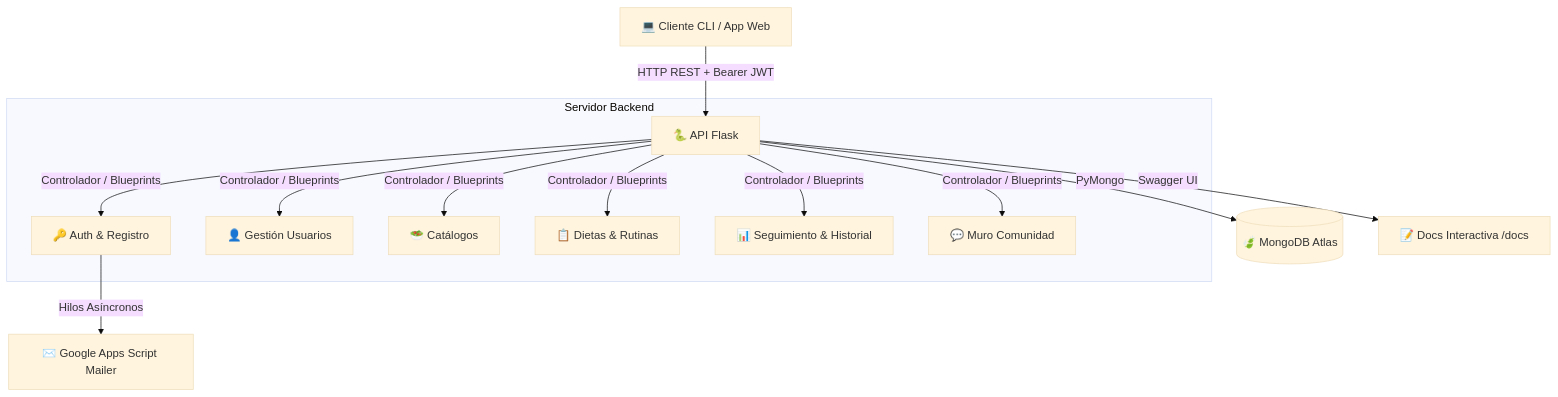
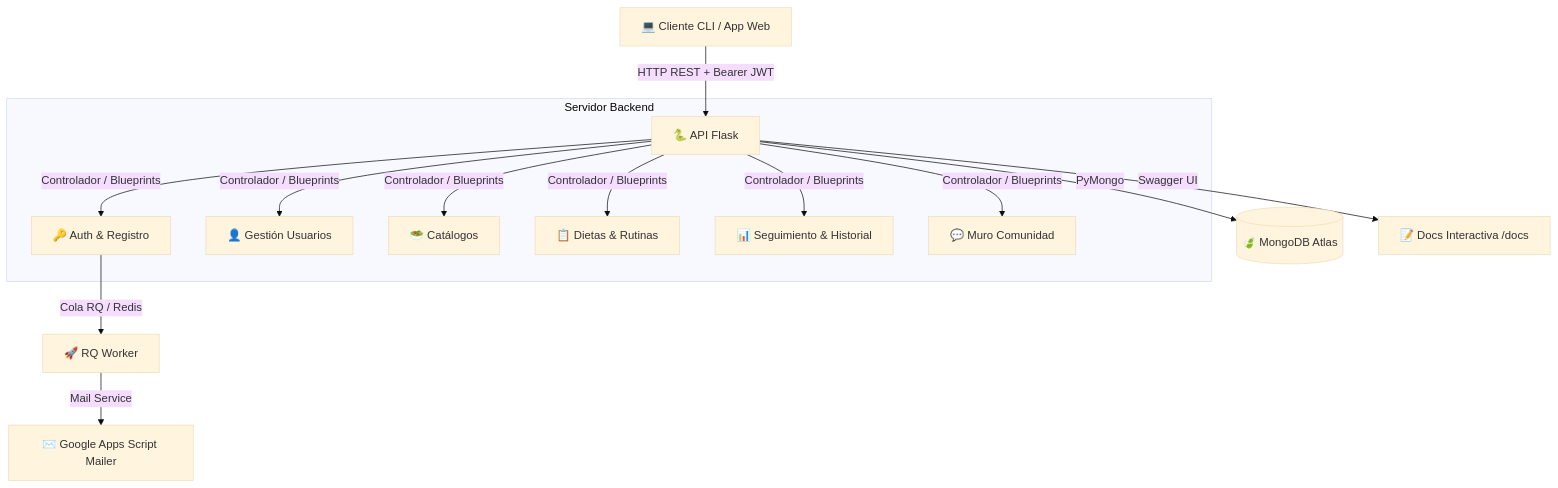
The first of 2 diagrams in README.md (spc1016/API-nutri-coach), drawn with Mermaid (base theme) before and after one commit. The commit also changed other lines of this file and 8 other files, not shown here.

````diff
--- a/README.md
+++ b/README.md
@@ -25,17 +25,18 @@
 ```mermaid
 graph TD
     Client[💻 Cliente CLI / App Web] -->|HTTP REST + Bearer JWT| API[🐍 API Flask]
     
     subgraph Servidor Backend
         API -->|Controlador / Blueprints| Auth[🔑 Auth & Registro]
         API -->|Controlador / Blueprints| Users[👤 Gestión Usuarios]
         API -->|Controlador / Blueprints| Catalog[🥗 Catálogos]
         API -->|Controlador / Blueprints| Plans[📋 Dietas & Rutinas]
         API -->|Controlador / Blueprints| Follow[📊 Seguimiento & Historial]
         API -->|Controlador / Blueprints| Social[💬 Muro Comunidad]
     end
 
-    Auth -->|Hilos Asíncronos| Mail[✉️ Google Apps Script Mailer]
+    Auth -->|Cola RQ / Redis| Worker[🚀 RQ Worker]
+    Worker -->|Mail Service| Mail[✉️ Google Apps Script Mailer]
     API -->|PyMongo| DB[(🍃 MongoDB Atlas)]
     API -->|Swagger UI| Docs[📝 Docs Interactiva /docs]
 ```
````
